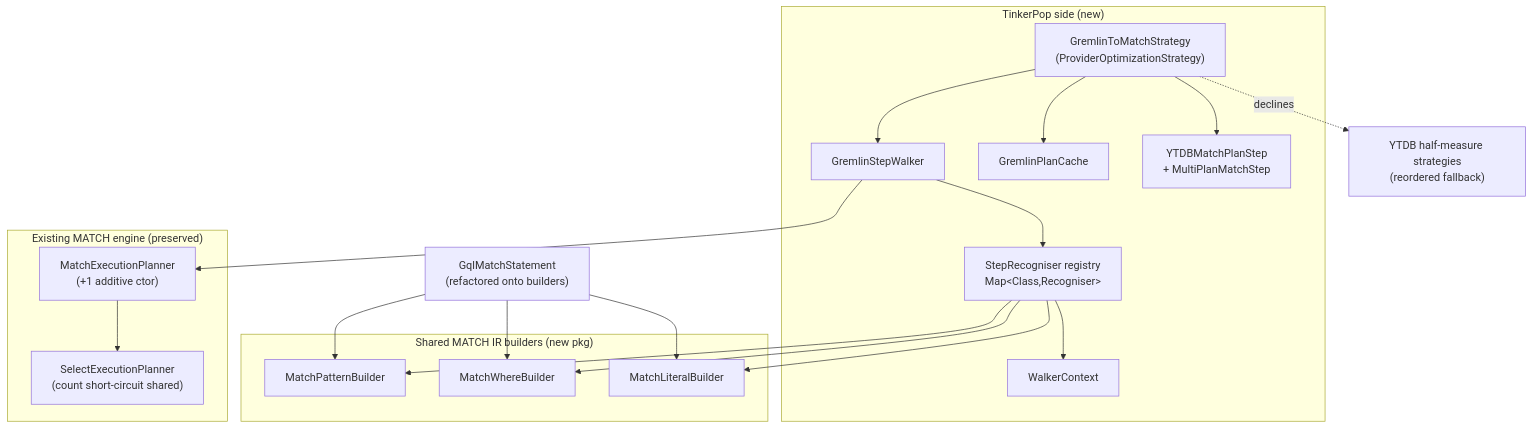
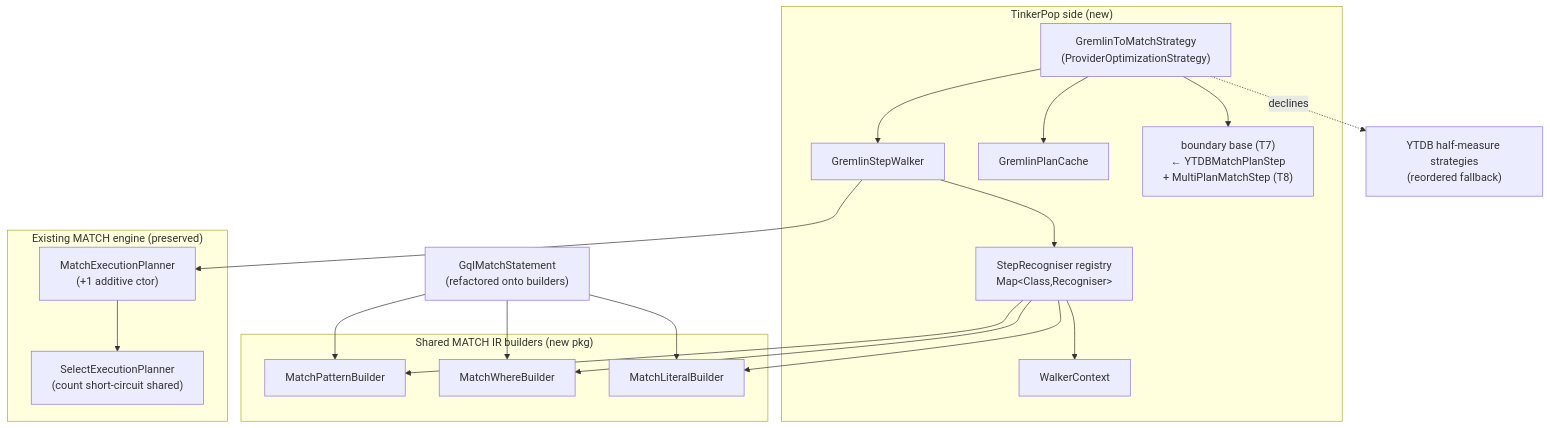
One commit to JetBrains/youtrackdb changed the diagram in docs/adr/gremlin-to-match-translator-design/_workflow/implementation-plan.md. Above: the diagram before and after it, drawn with Mermaid. The commit also changed other lines of this file and 7 other files, not shown here.

````diff
--- a/docs/adr/gremlin-to-match-translator-design/_workflow/implementation-plan.md
+++ b/docs/adr/gremlin-to-match-translator-design/_workflow/implementation-plan.md
@@ -64,31 +64,31 @@
 ```mermaid
 flowchart TB
     subgraph TPside["TinkerPop side (new)"]
         Strat["GremlinToMatchStrategy\n(ProviderOptimizationStrategy)"]
         Walker["GremlinStepWalker"]
         Reg["StepRecogniser registry\nMap&lt;Class,Recogniser&gt;"]
         Ctx["WalkerContext"]
         Cache["GremlinPlanCache"]
-        Boundary["YTDBMatchPlanStep\n+ MultiPlanMatchStep"]
+        Boundary["boundary base (T7)\n← YTDBMatchPlanStep\n+ MultiPlanMatchStep (T8)"]
     end
     subgraph Builders["Shared MATCH IR builders (new pkg)"]
         PB["MatchPatternBuilder"]
         WB["MatchWhereBuilder"]
         LB["MatchLiteralBuilder"]
     end
     subgraph Engine["Existing MATCH engine (preserved)"]
         MEP["MatchExecutionPlanner\n(+1 additive ctor)"]
         SEP["SelectExecutionPlanner\n(count short-circuit shared)"]
     end
     Half["YTDB half-measure strategies\n(reordered fallback)"]
     GQL["GqlMatchStatement\n(refactored onto builders)"]
 
     Strat --> Walker --> Reg --> Ctx
     Strat --> Cache
     Reg --> PB & WB & LB
     Walker --> MEP
     MEP --> SEP
     Strat --> Boundary
     Strat -. declines .-> Half
     GQL --> PB & WB & LB
 ```
````
